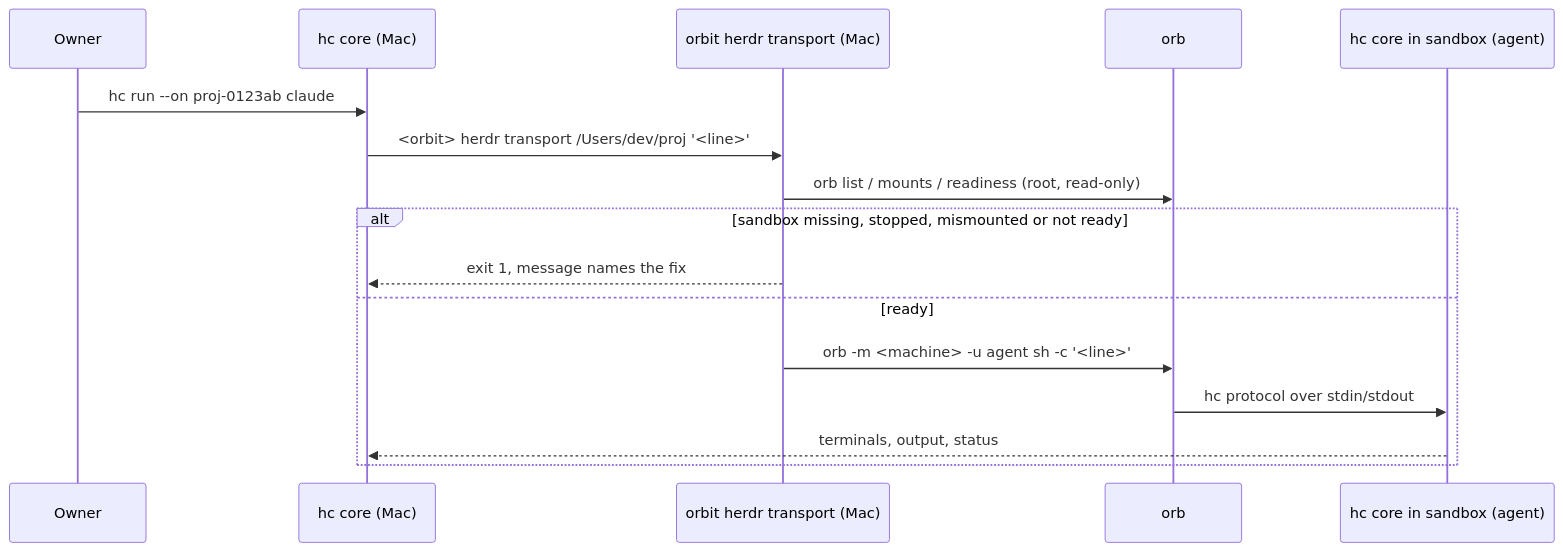
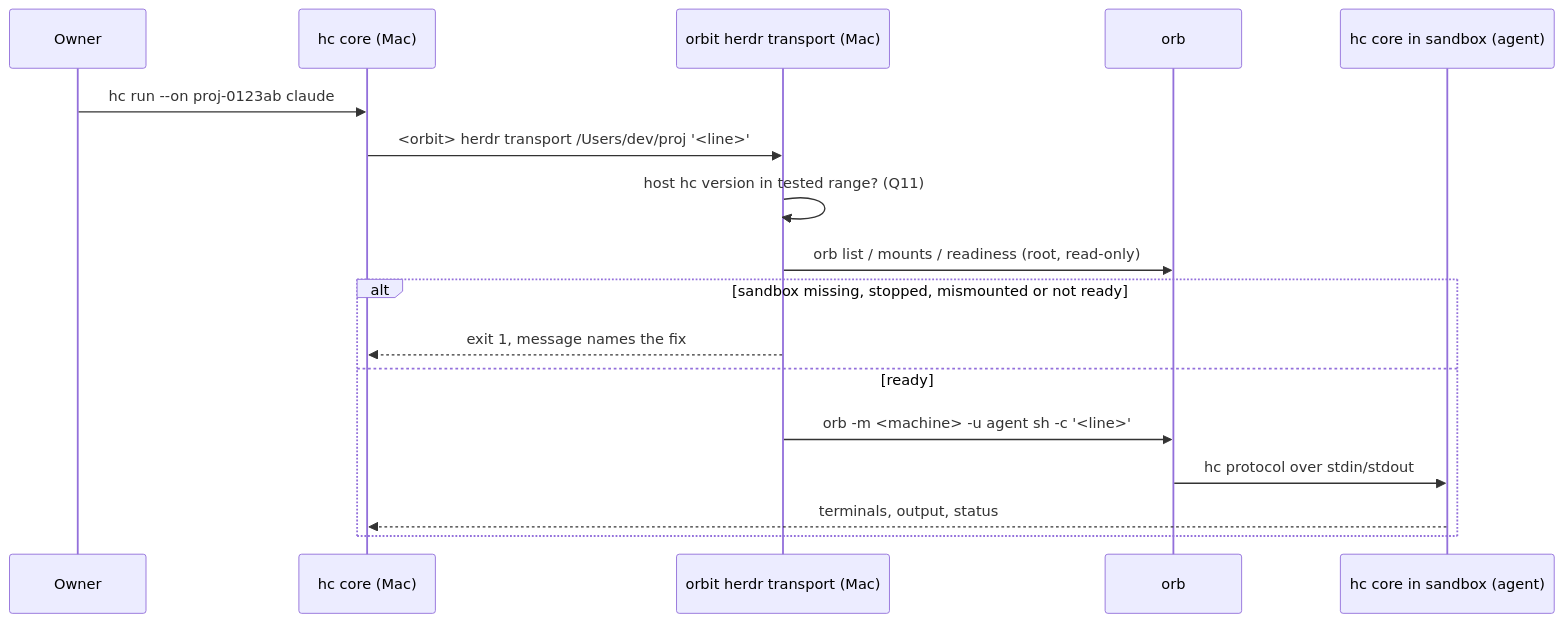
The first of 2 diagrams in .ai/specs/2026-11-11-herdr-core-support.md (cultofthecode/orbit), drawn with Mermaid before and after one commit. The commit also changed other lines of this file and 3 other files, not shown here.

````diff
--- a/.ai/specs/2026-11-11-herdr-core-support.md
+++ b/.ai/specs/2026-11-11-herdr-core-support.md
@@ -46,18 +46,19 @@
 ```mermaid
 sequenceDiagram
   participant Owner
   participant HC as hc core (Mac)
   participant OT as orbit herdr transport (Mac)
   participant ORB as orb
   participant SC as hc core in sandbox (agent)
   Owner->>HC: hc run --on proj-0123ab claude
   HC->>OT: <orbit> herdr transport /Users/dev/proj '<line>'
+  OT->>OT: host hc version in tested range? (Q11)
   OT->>ORB: orb list / mounts / readiness (root, read-only)
   alt sandbox missing, stopped, mismounted or not ready
     OT-->>HC: exit 1, message names the fix
   else ready
     OT->>ORB: orb -m <machine> -u agent sh -c '<line>'
     ORB->>SC: hc protocol over stdin/stdout
     SC-->>HC: terminals, output, status
   end
 ```
````
